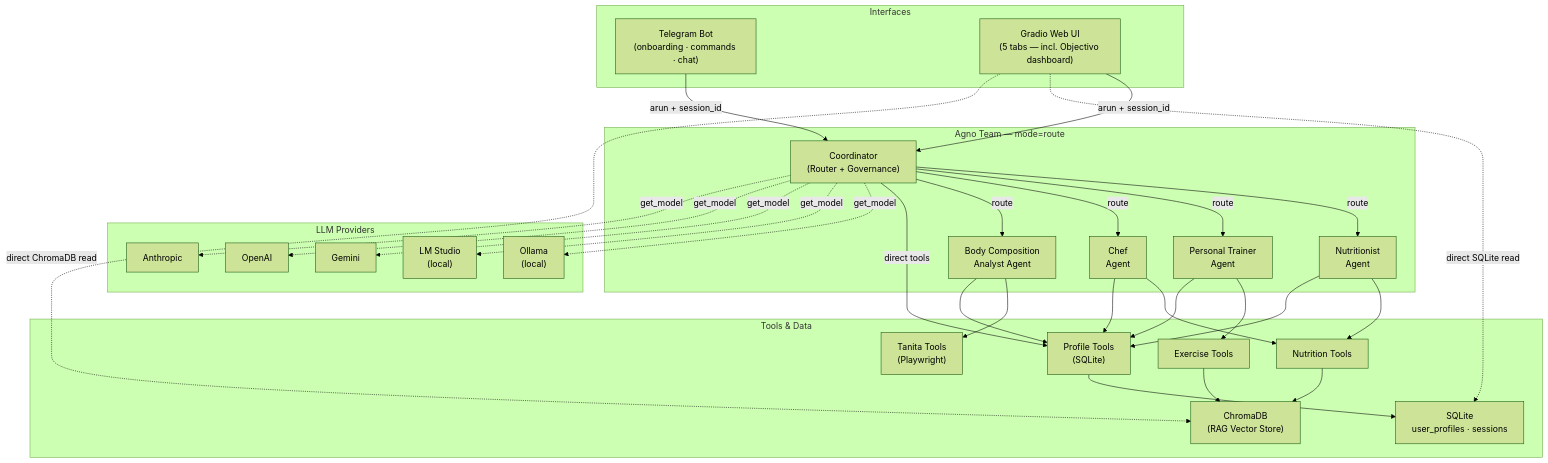
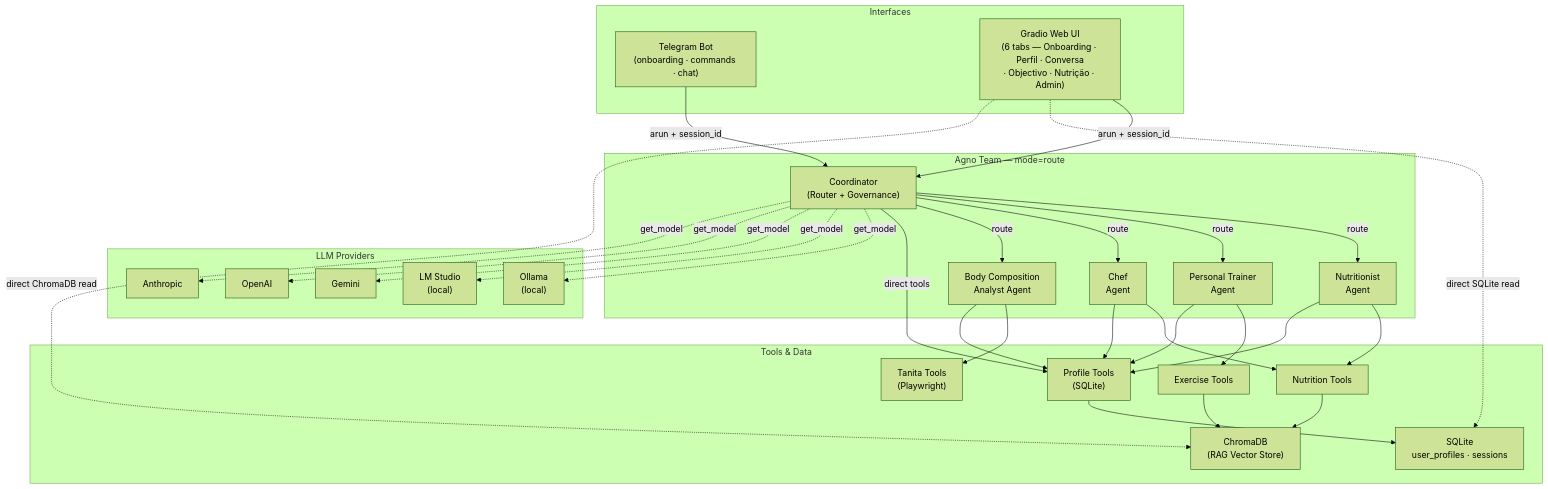
Before and after one commit to brunomigueldasilva/my-health-assistant: the first of 7 diagrams in ARCHITECTURE.md, drawn with Mermaid (forest theme). The commit also changed other lines of this file and 7 other files, not shown here.

First line of the commit message:
Add Gradio onboarding wizard, account deletion, and rename Telegram commands

````diff
--- a/ARCHITECTURE.md
+++ b/ARCHITECTURE.md
@@ -9,58 +9,58 @@
 ```mermaid
 graph TB
     subgraph Interfaces
         TG["Telegram Bot\n(onboarding · commands · chat)"]
-        GR["Gradio Web UI\n(5 tabs — incl. Objectivo dashboard)"]
+        GR["Gradio Web UI\n(6 tabs — Onboarding · Perfil · Conversa\n· Objectivo · Nutrição · Admin)"]
     end
 
     subgraph agnoTeam["Agno Team — mode=route"]
         CO["Coordinator\n(Router + Governance)"]
         NU["Nutritionist\nAgent"]
         TR["Personal Trainer\nAgent"]
         CH["Chef\nAgent"]
         BC["Body Composition\nAnalyst Agent"]
     end
 
     subgraph tools["Tools & Data"]
         PT["Profile Tools\n(SQLite)"]
         NT["Nutrition Tools"]
         ET["Exercise Tools"]
         TT["Tanita Tools\n(Playwright)"]
         KB["ChromaDB\n(RAG Vector Store)"]
         DB["SQLite\nuser_profiles · sessions"]
     end
 
     subgraph llmProviders["LLM Providers"]
         OL["Ollama\n(local)"]
         LS["LM Studio\n(local)"]
         GM["Gemini"]
         OA["OpenAI"]
         AN["Anthropic"]
     end
 
     TG -->|arun + session_id| CO
     GR -->|arun + session_id| CO
 
     CO -->|route| NU
     CO -->|route| TR
     CO -->|route| CH
     CO -->|route| BC
     CO -->|direct tools| PT
 
     NU --> NT & PT
     TR --> ET & PT
     CH --> NT & PT
     BC --> TT & PT
 
     NT & ET --> KB
     PT --> DB
 
     GR -.->|direct SQLite read| DB
     GR -.->|direct ChromaDB read| KB
 
     CO -.->|get_model| OL
     CO -.->|get_model| LS
     CO -.->|get_model| GM
     CO -.->|get_model| OA
     CO -.->|get_model| AN
 ```
````
